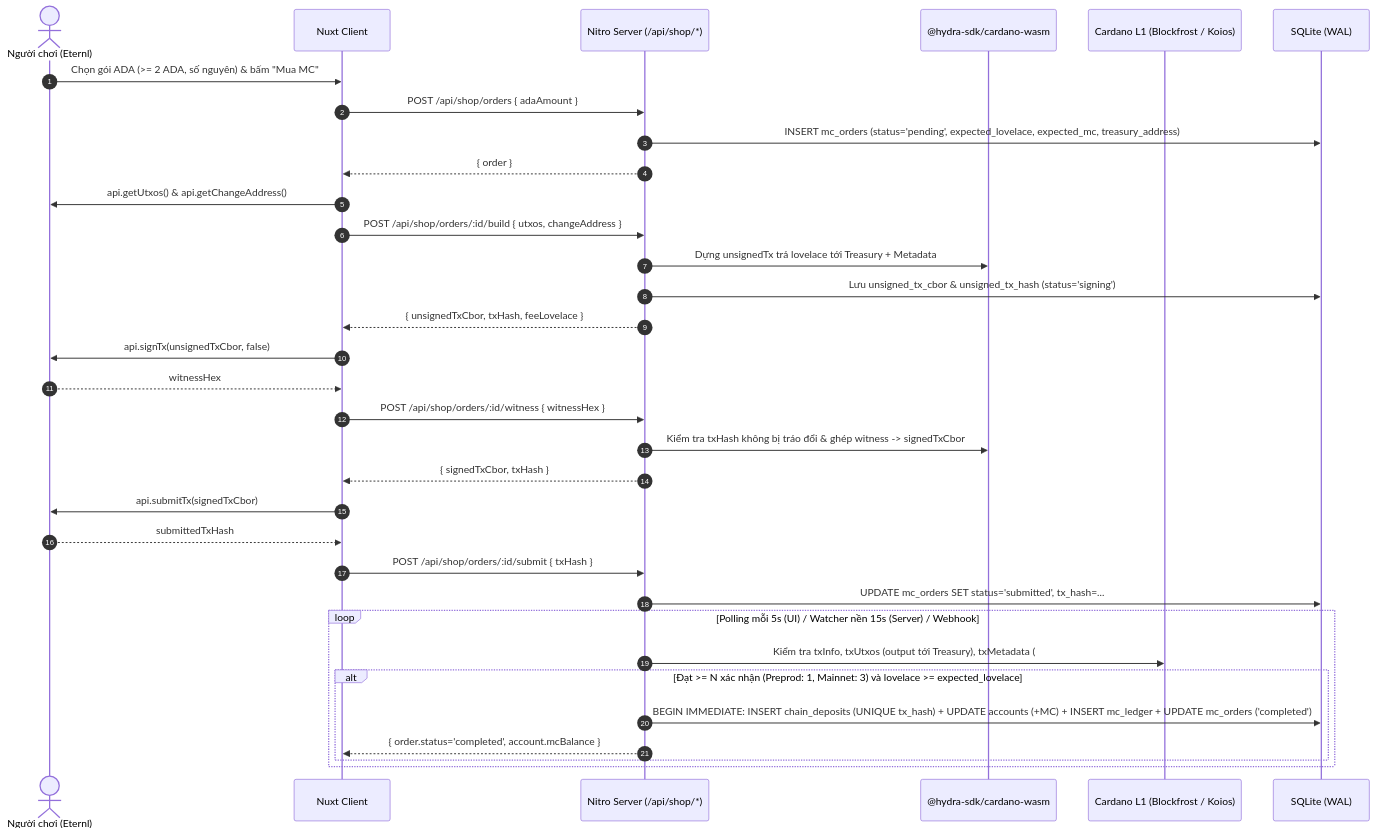
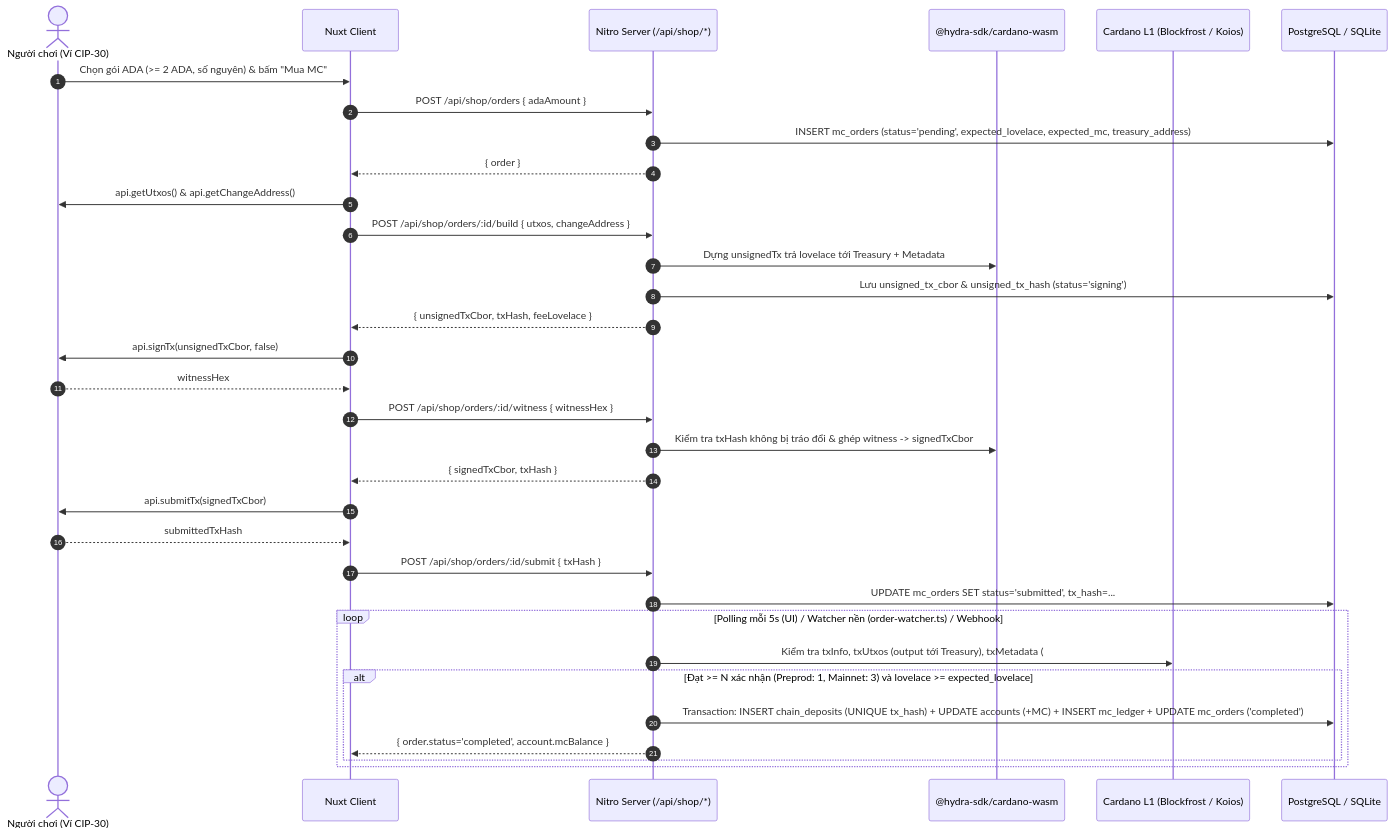
Before and after one commit to Thanhdtt711/hydra-pagoda: the second of 3 diagrams in docs/KIEN_TRUC.md, drawn with Mermaid. The commit also changed other lines of this file and 52 other files, not shown here.

````diff
--- a/docs/KIEN_TRUC.md
+++ b/docs/KIEN_TRUC.md
@@ -55,36 +60,36 @@
 ```mermaid
 sequenceDiagram
     autonumber
-    actor User as Người chơi (Eternl)
+    actor User as Người chơi (Ví CIP-30)
     participant UI as Nuxt Client
     participant API as Nitro Server (/api/shop/*)
     participant SDK as @hydra-sdk/cardano-wasm
     participant Chain as Cardano L1 (Blockfrost / Koios)
-    participant DB as SQLite (WAL)
+    participant DB as PostgreSQL / SQLite
 
     User->>UI: Chọn gói ADA (>= 2 ADA, số nguyên) & bấm "Mua MC"
     UI->>API: POST /api/shop/orders { adaAmount }
     API->>DB: INSERT mc_orders (status='pending', expected_lovelace, expected_mc, treasury_address)
     API-->>UI: { order }
     UI->>User: api.getUtxos() & api.getChangeAddress()
     UI->>API: POST /api/shop/orders/:id/build { utxos, changeAddress }
     API->>SDK: Dựng unsignedTx trả lovelace tới Treasury + Metadata #8181 { orderId }
     API->>DB: Lưu unsigned_tx_cbor & unsigned_tx_hash (status='signing')
     API-->>UI: { unsignedTxCbor, txHash, feeLovelace }
     UI->>User: api.signTx(unsignedTxCbor, false)
     User-->>UI: witnessHex
     UI->>API: POST /api/shop/orders/:id/witness { witnessHex }
     API->>SDK: Kiểm tra txHash không bị tráo đổi & ghép witness -> signedTxCbor
     API-->>UI: { signedTxCbor, txHash }
     UI->>User: api.submitTx(signedTxCbor)
     User-->>UI: submittedTxHash
     UI->>API: POST /api/shop/orders/:id/submit { txHash }
     API->>DB: UPDATE mc_orders SET status='submitted', tx_hash=...
-    loop Polling mỗi 5s (UI) / Watcher nền 15s (Server) / Webhook
+    loop Polling mỗi 5s (UI) / Watcher nền (order-watcher.ts) / Webhook
         API->>Chain: Kiểm tra txInfo, txUtxos (output tới Treasury), txMetadata (#8181 orderId)
         alt Đạt >= N xác nhận (Preprod: 1, Mainnet: 3) và lovelace >= expected_lovelace
-            API->>DB: BEGIN IMMEDIATE: INSERT chain_deposits (UNIQUE tx_hash) + UPDATE accounts (+MC) + INSERT mc_ledger + UPDATE mc_orders ('completed')
+            API->>DB: Transaction: INSERT chain_deposits (UNIQUE tx_hash) + UPDATE accounts (+MC) + INSERT mc_ledger + UPDATE mc_orders ('completed')
             API-->>UI: { order.status='completed', account.mcBalance }
         end
     end
 ```
````
